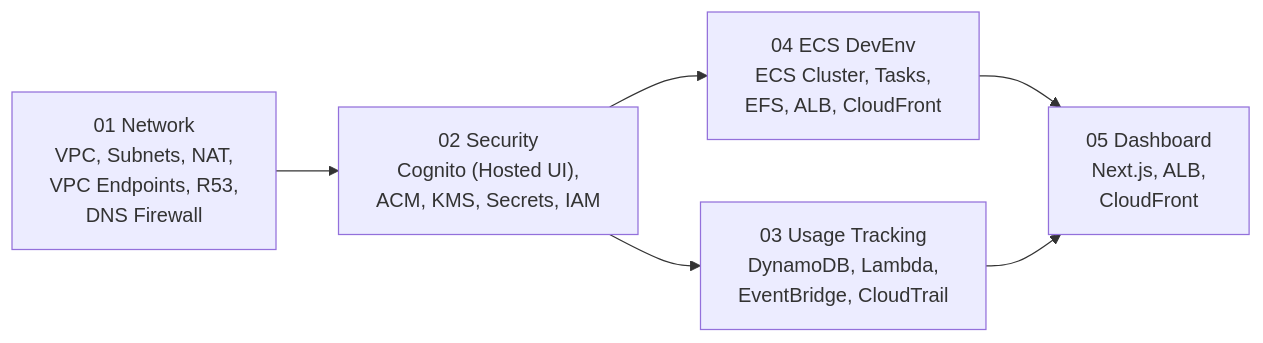
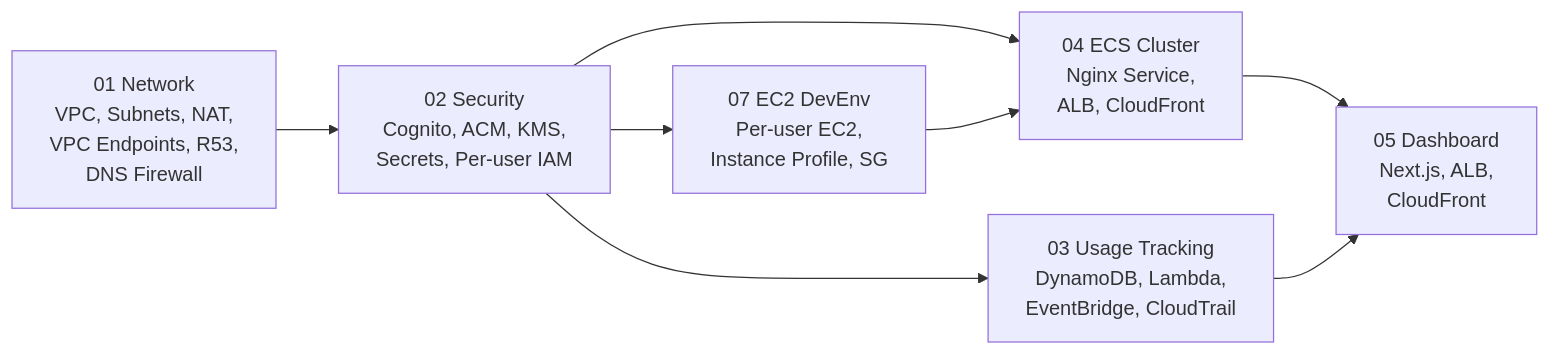
One commit to Atom-oh/cc-on-bedrock changed the second of 7 diagrams in docs/architecture.md. Above: the diagram before and after it, drawn with Mermaid. The commit also changed other lines of this file and 32 other files, not shown here.

````diff
--- a/docs/architecture.md
+++ b/docs/architecture.md
@@ -131,8 +141,10 @@
 ```mermaid
 graph LR
-    S1["01 Network<br/>VPC, Subnets, NAT,<br/>VPC Endpoints, R53,<br/>DNS Firewall"] --> S2["02 Security<br/>Cognito (Hosted UI),<br/>ACM, KMS, Secrets, IAM"]
+    S1["01 Network<br/>VPC, Subnets, NAT,<br/>VPC Endpoints, R53,<br/>DNS Firewall"] --> S2["02 Security<br/>Cognito, ACM, KMS,<br/>Secrets, Per-user IAM"]
     S2 --> S3["03 Usage Tracking<br/>DynamoDB, Lambda,<br/>EventBridge, CloudTrail"]
-    S2 --> S4["04 ECS DevEnv<br/>ECS Cluster, Tasks,<br/>EFS, ALB, CloudFront"]
+    S2 --> S4["04 ECS Cluster<br/>Nginx Service,<br/>ALB, CloudFront"]
+    S2 --> S7["07 EC2 DevEnv<br/>Per-user EC2,<br/>Instance Profile, SG"]
     S4 --> S5["05 Dashboard<br/>Next.js, ALB,<br/>CloudFront"]
     S3 --> S5
+    S7 --> S4
 ```
````
